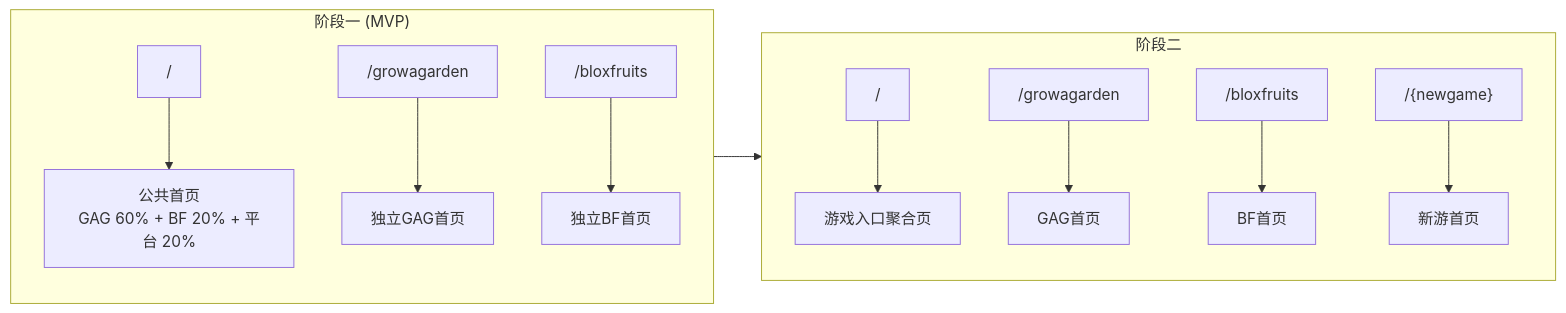
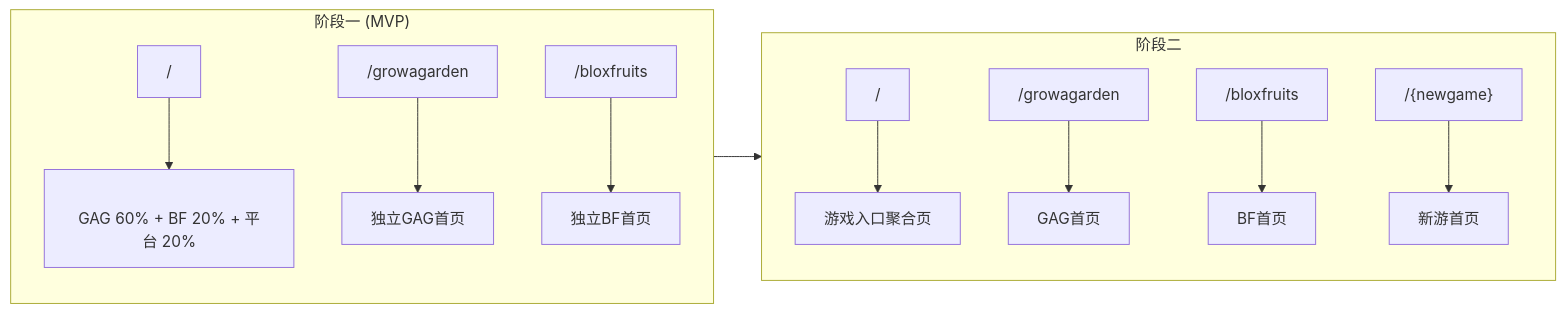
The first of 2 diagrams in docs/prd/新游拓展专项-2025年1月.md (Vanessawxz07/garden-connect), drawn with Mermaid before and after one commit. The commit also changed other lines of this file, not shown here.

````diff
--- a/docs/prd/新游拓展专项-2025年1月.md
+++ b/docs/prd/新游拓展专项-2025年1月.md
@@ -66,17 +66,17 @@
 ```mermaid
 flowchart LR
     subgraph Phase1["阶段一 (MVP)"]
-        B1["/"] --> B2["公共首页<br/>GAG 60% + BF 20% + 平台 20%"]
+        B1["/"] --> B2["<br/>GAG 60% + BF 20% + 平台 20%"]
         B3["/growagarden"] --> B4["独立GAG首页"]
         B5["/bloxfruits"] --> B6["独立BF首页"]
     end
     
     subgraph Phase2["阶段二"]
         C1["/"] --> C2["游戏入口聚合页"]
         C3["/growagarden"] --> C4["GAG首页"]
         C5["/bloxfruits"] --> C6["BF首页"]
         C7["/{newgame}"] --> C8["新游首页"]
     end
     
     Phase1 --> Phase2
 ```
````
